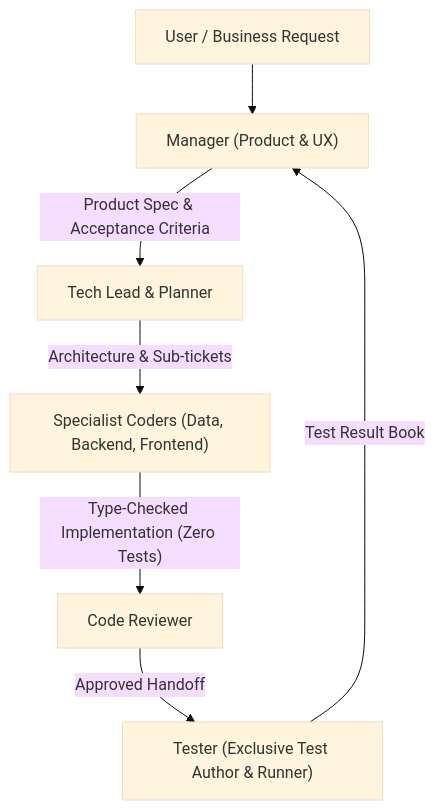
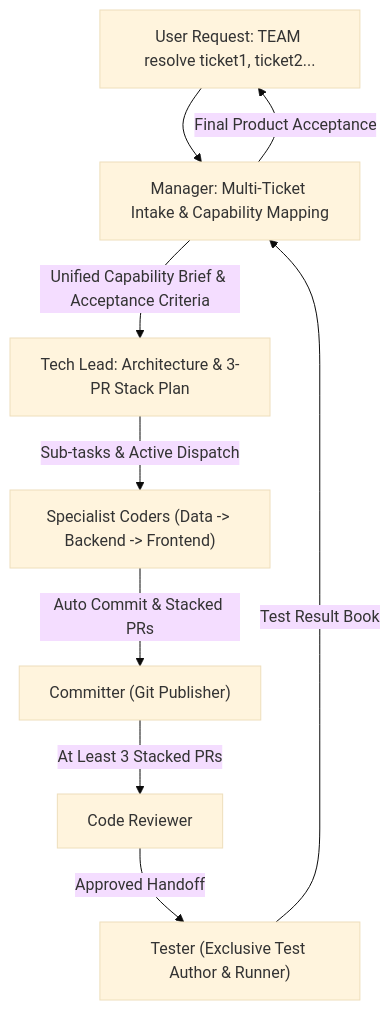
The diagram in .agents/skills/manager/SKILL.md (pato-byepaper/agentic-engineering), drawn with Mermaid (base theme) before and after one commit. The commit also changed other lines of this file and 2 other files, not shown here.

Commit message:
docs(manager): support multi-ticket capability mapping and autonomous dispatch

````diff
--- a/.agents/skills/manager/SKILL.md
+++ b/.agents/skills/manager/SKILL.md
@@ -27,9 +28,11 @@
 ```mermaid
 flowchart TD
-    User["User / Business Request"] --> M["Manager (Product & UX)"]
-    M -->|"Product Spec & Acceptance Criteria"| TL["Tech Lead & Planner"]
-    TL -->|"Architecture & Sub-tickets"| Coders["Specialist Coders (Data, Backend, Frontend)"]
-    Coders -->|"Type-Checked Implementation (Zero Tests)"| CR["Code Reviewer"]
+    User["User Request: TEAM resolve ticket1, ticket2..."] --> M["Manager: Multi-Ticket Intake & Capability Mapping"]
+    M -->|"Unified Capability Brief & Acceptance Criteria"| TL["Tech Lead: Architecture & 3-PR Stack Plan"]
+    TL -->|"Sub-tasks & Active Dispatch"| Coders["Specialist Coders (Data -> Backend -> Frontend)"]
+    Coders -->|"Auto Commit & Stacked PRs"| GP["Committer (Git Publisher)"]
+    GP -->|"At Least 3 Stacked PRs"| CR["Code Reviewer"]
     CR -->|"Approved Handoff"| T["Tester (Exclusive Test Author & Runner)"]
     T -->|"Test Result Book"| M
+    M -->|"Final Product Acceptance"| User
 ```
````
